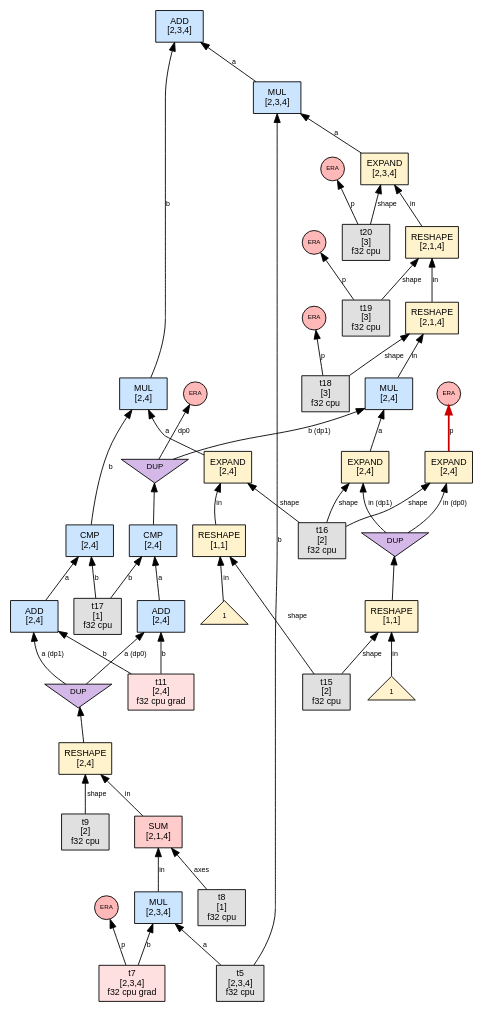
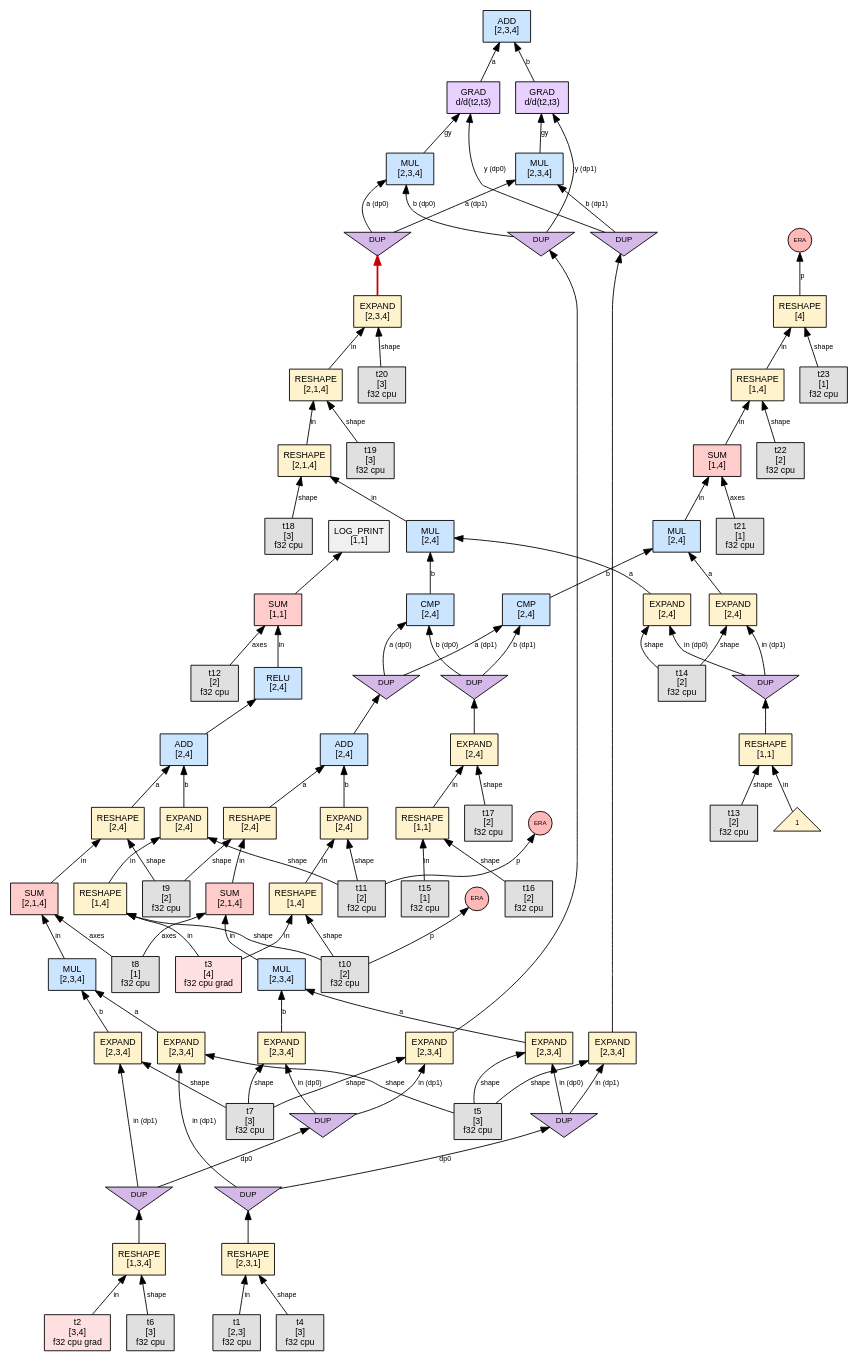
One commit to sw1sh/TinyHVM changed the diagram in phase1_graphs/tiny_linear_bias/step_034_interact_DP0.dot. Above: the diagram before and after it, drawn with Graphviz. The commit also changed 751 other files, not shown here.

First line of the commit message:
test: refresh canonical tiny phase graph archives

```diff
--- a/phase1_graphs/tiny_linear_bias/step_034_interact_DP0.dot
+++ b/phase1_graphs/tiny_linear_bias/step_034_interact_DP0.dot
@@ -1,96 +1,185 @@
 digraph G {
   // PREV_INTERACTION: interact_DP0
-  // NEXT_INTERACTION: interact_era_on_EXPAND
+  // NEXT_INTERACTION: interact_DP0
   rankdir=BT;
   node [fontname="Helvetica", fontsize=10, style=filled, shape=box, margin="0.1,0.05"];
   edge [fontsize=8, fontname="Helvetica"];
 
-  n57 [label="ADD\n[2,3,4]", shape=box, fillcolor="#cce5ff"];
-  n104 -> n57 [label="a"];
-  n66 -> n57 [label="b"];
-  n59 [label="RESHAPE\n[2,4]", shape=box, fillcolor="#fff3cd"];
-  n78 -> n59 [label="in"];
+  n1 [label="RESHAPE\n[2,3,1]", shape=box, fillcolor="#fff3cd"];
+  t1 [label="t1\n[2,3]\nf32 cpu",shape=box,fillcolor="#e0e0e0"];
+  t1 -> n1 [label="in"];
+  t4 [label="t4\n[3]\nf32 cpu",shape=box,fillcolor="#e0e0e0"];
+  t4 -> n1 [label="shape"];
+  n9 [label="RESHAPE\n[1,3,4]", shape=box, fillcolor="#fff3cd"];
+  t2 [label="t2\n[3,4]\nf32 cpu grad",shape=box,fillcolor="#ffe0e0"];
+  t2 -> n9 [label="in"];
+  t6 [label="t6\n[3]\nf32 cpu",shape=box,fillcolor="#e0e0e0"];
+  t6 -> n9 [label="shape"];
+  n58 [label="SUM\n[1,1]", shape=box, fillcolor="#ffcccc"];
+  n74 -> n58 [label="in"];
+  t12 [label="t12\n[2]\nf32 cpu",shape=box,fillcolor="#e0e0e0"];
+  t12 -> n58 [label="axes"];
+  n51 [label="LOG_PRINT\n[1,1]", shape=box, fillcolor="#f0f0f0"];
+  n58 -> n51 [label=""];
+  n189 [label="ADD\n[2,3,4]", shape=box, fillcolor="#cce5ff"];
+  n185 -> n189 [label="a"];
+  n187 -> n189 [label="b"];
+  n74 [label="RELU\n[2,4]", shape=box, fillcolor="#cce5ff"];
+  n93 -> n74 [label=""];
+  n61 [label="RESHAPE\n[1,1]", shape=box, fillcolor="#fff3cd"];
+  num61_0 [label="1",shape=triangle,fillcolor="#fff2cc",fontsize=8];
+  num61_0 -> n61 [label="in"];
+  t13 [label="t13\n[2]\nf32 cpu",shape=box,fillcolor="#e0e0e0"];
+  t13 -> n61 [label="shape"];
+  n93 [label="ADD\n[2,4]", shape=box, fillcolor="#cce5ff"];
+  n112 -> n93 [label="a"];
+  n117 -> n93 [label="b"];
+  n77 [label="RESHAPE\n[1,1]", shape=box, fillcolor="#fff3cd"];
+  t15 [label="t15\n[1]\nf32 cpu",shape=box,fillcolor="#e0e0e0"];
+  t15 -> n77 [label="in"];
+  t16 [label="t16\n[2]\nf32 cpu",shape=box,fillcolor="#e0e0e0"];
+  t16 -> n77 [label="shape"];
+  n97 [label="ADD\n[2,4]", shape=box, fillcolor="#cce5ff"];
+  n120 -> n97 [label="a"];
+  n125 -> n97 [label="b"];
+  n81 [label="EXPAND\n[2,4]", shape=box, fillcolor="#fff3cd"];
+  n77 -> n81 [label="in"];
+  t17 [label="t17\n[2]\nf32 cpu",shape=box,fillcolor="#e0e0e0"];
+  t17 -> n81 [label="shape"];
+  n112 [label="RESHAPE\n[2,4]", shape=box, fillcolor="#fff3cd"];
+  n146 -> n112 [label="in"];
   t9 [label="t9\n[2]\nf32 cpu",shape=box,fillcolor="#e0e0e0"];
-  t9 -> n59 [label="shape"];
-  n104 [label="MUL\n[2,3,4]", shape=box, fillcolor="#cce5ff"];
-  n124 -> n104 [label="a"];
-  t5 [label="t5\n[2,3,4]\nf32 cpu",shape=box,fillcolor="#e0e0e0"];
-  t5 -> n104 [label="b"];
-  n66 [label="MUL\n[2,4]", shape=box, fillcolor="#cce5ff"];
-  n114 -> n66 [label="a"];
-  n119 -> n66 [label="b"];
-  n78 [label="SUM\n[2,1,4]", shape=box, fillcolor="#ffcccc"];
-  n95 -> n78 [label="in"];
+  t9 -> n112 [label="shape"];
+  n117 [label="EXPAND\n[2,4]", shape=box, fillcolor="#fff3cd"];
+  n205 -> n117 [label="in"];
+  t11 [label="t11\n[2]\nf32 cpu",shape=box,fillcolor="#e0e0e0"];
+  t11 -> n117 [label="shape"];
+  n120 [label="RESHAPE\n[2,4]", shape=box, fillcolor="#fff3cd"];
+  n149 -> n120 [label="in"];
+  t9 -> n120 [label="shape"];
+  n125 [label="EXPAND\n[2,4]", shape=box, fillcolor="#fff3cd"];
+  n207 -> n125 [label="in"];
+  t11 -> n125 [label="shape"];
+  n146 [label="SUM\n[2,1,4]", shape=box, fillcolor="#ffcccc"];
+  n168 -> n146 [label="in"];
   t8 [label="t8\n[1]\nf32 cpu",shape=box,fillcolor="#e0e0e0"];
-  t8 -> n78 [label="axes"];
-  n117 [label="CMP\n[2,4]", shape=box, fillcolor="#cce5ff"];
-  n133 -> n117 [label="a"];
-  t17 [label="t17\n[1]\nf32 cpu",shape=box,fillcolor="#e0e0e0"];
-  t17 -> n117 [label="b"];
-  n114 [label="EXPAND\n[2,4]", shape=box, fillcolor="#fff3cd"];
-  n131 -> n114 [label="in"];
-  t16 [label="t16\n[2]\nf32 cpu",shape=box,fillcolor="#e0e0e0"];
-  t16 -> n114 [label="shape"];
-  n119 [label="CMP\n[2,4]", shape=box, fillcolor="#cce5ff"];
-  n135 -> n119 [label="a"];
-  t17 -> n119 [label="b"];
-  n95 [label="MUL\n[2,3,4]", shape=box, fillcolor="#cce5ff"];
-  t5 -> n95 [label="a"];
-  t7 [label="t7\n[2,3,4]\nf32 cpu grad",shape=box,fillcolor="#ffe0e0"];
-  t7 -> n95 [label="b"];
-  n124 [label="EXPAND\n[2,3,4]", shape=box, fillcolor="#fff3cd"];
-  n140 -> n124 [label="in"];
+  t8 -> n146 [label="axes"];
+  n205 [label="RESHAPE\n[1,4]", shape=box, fillcolor="#fff3cd"];
+  t3 [label="t3\n[4]\nf32 cpu grad",shape=box,fillcolor="#ffe0e0"];
+  t3 -> n205 [label="in"];
+  t10 [label="t10\n[2]\nf32 cpu",shape=box,fillcolor="#e0e0e0"];
+  t10 -> n205 [label="shape"];
+  n149 [label="SUM\n[2,1,4]", shape=box, fillcolor="#ffcccc"];
+  n172 -> n149 [label="in"];
+  t8 -> n149 [label="axes"];
+  n207 [label="RESHAPE\n[1,4]", shape=box, fillcolor="#fff3cd"];
+  t3 -> n207 [label="in"];
+  t10 -> n207 [label="shape"];
+  n221 [label="EXPAND\n[2,4]", shape=box, fillcolor="#fff3cd"];
+  dup225 [label="DUP", shape=invtriangle, fillcolor="#d4b8e8", fontsize=9, width=0.7, height=0.5];
+  n61 -> dup225;
+  dup225 -> n221 [label="in (dp0)"];
+  t14 [label="t14\n[2]\nf32 cpu",shape=box,fillcolor="#e0e0e0"];
+  t14 -> n221 [label="shape"];
+  n226 [label="CMP\n[2,4]", shape=box, fillcolor="#cce5ff"];
+  dup230 [label="DUP", shape=invtriangle, fillcolor="#d4b8e8", fontsize=9, width=0.7, height=0.5];
+  n97 -> dup230;
+  dup230 -> n226 [label="a (dp0)"];
+  dup231 [label="DUP", shape=invtriangle, fillcolor="#d4b8e8", fontsize=9, width=0.7, height=0.5];
+  n81 -> dup231;
+  dup231 -> n226 [label="b (dp0)"];
+  n223 [label="EXPAND\n[2,4]", shape=box, fillcolor="#fff3cd"];
+  dup225 -> n223 [label="in (dp1)"];
+  t14 -> n223 [label="shape"];
+  n228 [label="CMP\n[2,4]", shape=box, fillcolor="#cce5ff"];
+  dup230 -> n228 [label="a (dp1)"];
+  dup231 -> n228 [label="b (dp1)"];
+  n130 [label="MUL\n[2,4]", shape=box, fillcolor="#cce5ff"];
+  n221 -> n130 [label="a"];
+  n226 -> n130 [label="b"];
+  n168 [label="MUL\n[2,3,4]", shape=box, fillcolor="#cce5ff"];
+  n234 -> n168 [label="a"];
+  n239 -> n168 [label="b"];
+  n172 [label="MUL\n[2,3,4]", shape=box, fillcolor="#cce5ff"];
+  n242 -> n172 [label="a"];
+  n247 -> n172 [label="b"];
+  n138 [label="RESHAPE\n[2,1,4]", shape=box, fillcolor="#fff3cd"];
+  n130 -> n138 [label="in"];
+  t18 [label="t18\n[3]\nf32 cpu",shape=box,fillcolor="#e0e0e0"];
+  t18 -> n138 [label="shape"];
+  n154 [label="RESHAPE\n[2,1,4]", shape=box, fillcolor="#fff3cd"];
+  n138 -> n154 [label="in"];
+  t19 [label="t19\n[3]\nf32 cpu",shape=box,fillcolor="#e0e0e0"];
+  t19 -> n154 [label="shape"];
+  n234 [label="EXPAND\n[2,3,4]", shape=box, fillcolor="#fff3cd"];
+  dup236 [label="DUP", shape=invtriangle, fillcolor="#d4b8e8", fontsize=9, width=0.7, height=0.5];
+  n1 -> dup236;
+  dup236 -> n234 [label="in (dp1)"];
+  t5 [label="t5\n[3]\nf32 cpu",shape=box,fillcolor="#e0e0e0"];
+  t5 -> n234 [label="shape"];
+  n239 [label="EXPAND\n[2,3,4]", shape=box, fillcolor="#fff3cd"];
+  dup241 [label="DUP", shape=invtriangle, fillcolor="#d4b8e8", fontsize=9, width=0.7, height=0.5];
+  n9 -> dup241;
+  dup241 -> n239 [label="in (dp1)"];
+  t7 [label="t7\n[3]\nf32 cpu",shape=box,fillcolor="#e0e0e0"];
+  t7 -> n239 [label="shape"];
+  n242 [label="EXPAND\n[2,3,4]", shape=box, fillcolor="#fff3cd"];
+  dup246 [label="DUP", shape=invtriangle, fillcolor="#d4b8e8", fontsize=9, width=0.7, height=0.5];
+  dup236 -> dup246 [label="dp0"];
+  dup246 -> n242 [label="in (dp0)"];
+  t5 -> n242 [label="shape"];
+  n247 [label="EXPAND\n[2,3,4]", shape=box, fillcolor="#fff3cd"];
+  dup251 [label="DUP", shape=invtriangle, fillcolor="#d4b8e8", fontsize=9, width=0.7, height=0.5];
+  dup241 -> dup251 [label="dp0"];
+  dup251 -> n247 [label="in (dp0)"];
+  t7 -> n247 [label="shape"];
+  n244 [label="EXPAND\n[2,3,4]", shape=box, fillcolor="#fff3cd"];
+  dup246 -> n244 [label="in (dp1)"];
+  t5 -> n244 [label="shape"];
+  n160 [label="EXPAND\n[2,3,4]", shape=box, fillcolor="#fff3cd"];
+  n154 -> n160 [label="in"];
   t20 [label="t20\n[3]\nf32 cpu",shape=box,fillcolor="#e0e0e0"];
-  t20 -> n124 [label="shape"];
-  n129 [label="RESHAPE\n[1,1]", shape=box, fillcolor="#fff3cd"];
-  num129_0 [label="1",shape=triangle,fillcolor="#fff2cc",fontsize=8];
-  num129_0 -> n129 [label="in"];
-  t15 [label="t15\n[2]\nf32 cpu",shape=box,fillcolor="#e0e0e0"];
-  t15 -> n129 [label="shape"];
-  n131 [label="RESHAPE\n[1,1]", shape=box, fillcolor="#fff3cd"];
-  num131_0 [label="1",shape=triangle,fillcolor="#fff2cc",fontsize=8];
-  num131_0 -> n131 [label="in"];
-  t15 -> n131 [label="shape"];
-  n133 [label="ADD\n[2,4]", shape=box, fillcolor="#cce5ff"];
-  dup137 [label="DUP", shape=invtriangle, fillcolor="#d4b8e8", fontsize=9, width=0.7, height=0.5];
-  n59 -> dup137;
-  dup137 -> n133 [label="a (dp0)"];
-  t11 [label="t11\n[2,4]\nf32 cpu grad",shape=box,fillcolor="#ffe0e0"];
-  t11 -> n133 [label="b"];
-  n135 [label="ADD\n[2,4]", shape=box, fillcolor="#cce5ff"];
-  dup137 -> n135 [label="a (dp1)"];
-  t11 -> n135 [label="b"];
-  n140 [label="RESHAPE\n[2,1,4]", shape=box, fillcolor="#fff3cd"];
-  n151 -> n140 [label="in"];
-  t19 [label="t19\n[3]\nf32 cpu",shape=box,fillcolor="#e0e0e0"];
-  t19 -> n140 [label="shape"];
-  n164 [label="EXPAND\n[2,4]", shape=box, fillcolor="#fff3cd"];
-  dup168 [label="DUP", shape=invtriangle, fillcolor="#d4b8e8", fontsize=9, width=0.7, height=0.5];
-  n129 -> dup168;
-  dup168 -> n164 [label="in (dp0)"];
-  t16 -> n164 [label="shape"];
-  era128 [label="ERA",shape=circle,width=0.38,height=0.38,fixedsize=true,fillcolor="#ffb8b8",fontsize=7];
-  n164 -> era128 [label="p",color="#cc0000",penwidth=2.0];
-  n151 [label="RESHAPE\n[2,1,4]", shape=box, fillcolor="#fff3cd"];
-  n158 -> n151 [label="in"];
-  t18 [label="t18\n[3]\nf32 cpu",shape=box,fillcolor="#e0e0e0"];
-  t18 -> n151 [label="shape"];
-  era144 [label="ERA",shape=circle,width=0.38,height=0.38,fixedsize=true,fillcolor="#ffb8b8",fontsize=7];
-  t7 -> era144 [label="p"];
-  era146 [label="ERA",shape=circle,width=0.38,height=0.38,fixedsize=true,fillcolor="#ffb8b8",fontsize=7];
-  t20 -> era146 [label="p"];
-  era148 [label="ERA",shape=circle,width=0.38,height=0.38,fixedsize=true,fillcolor="#ffb8b8",fontsize=7];
-  t19 -> era148 [label="p"];
-  n158 [label="MUL\n[2,4]", shape=box, fillcolor="#cce5ff"];
-  n166 -> n158 [label="a"];
-  dup161 [label="DUP", shape=invtriangle, fillcolor="#d4b8e8", fontsize=9, width=0.7, height=0.5];
-  n117 -> dup161;
-  dup161 -> n158 [label="b (dp1)"];
-  era155 [label="ERA",shape=circle,width=0.38,height=0.38,fixedsize=true,fillcolor="#ffb8b8",fontsize=7];
-  t18 -> era155 [label="p"];
-  n166 [label="EXPAND\n[2,4]", shape=box, fillcolor="#fff3cd"];
-  dup168 -> n166 [label="in (dp1)"];
-  t16 -> n166 [label="shape"];
-  era163 [label="ERA",shape=circle,width=0.38,height=0.38,fixedsize=true,fillcolor="#ffb8b8",fontsize=7];
-  dup161 -> era163 [label="dp0"];
+  t20 -> n160 [label="shape"];
+  n249 [label="EXPAND\n[2,3,4]", shape=box, fillcolor="#fff3cd"];
+  dup251 -> n249 [label="in (dp1)"];
+  t7 -> n249 [label="shape"];
+  n181 [label="MUL\n[2,3,4]", shape=box, fillcolor="#cce5ff"];
+  dup179 [label="DUP", shape=invtriangle, fillcolor="#d4b8e8", fontsize=9, width=0.7, height=0.5];
+  n160 -> dup179 [color="#cc0000",penwidth=2.0];
+  dup179 -> n181 [label="a (dp0)"];
+  dup180 [label="DUP", shape=invtriangle, fillcolor="#d4b8e8", fontsize=9, width=0.7, height=0.5];
+  n249 -> dup180;
+  dup180 -> n181 [label="b (dp0)"];
+  n183 [label="MUL\n[2,3,4]", shape=box, fillcolor="#cce5ff"];
+  dup179 -> n183 [label="a (dp1)"];
+  dup178 [label="DUP", shape=invtriangle, fillcolor="#d4b8e8", fontsize=9, width=0.7, height=0.5];
+  n244 -> dup178;
+  dup178 -> n183 [label="b (dp1)"];
+  n185 [label="GRAD\nd/d(t2,t3)", shape=box, fillcolor="#e8d0ff"];
+  dup178 -> n185 [label="y (dp0)"];
+  n181 -> n185 [label="gy"];
+  n187 [label="GRAD\nd/d(t2,t3)", shape=box, fillcolor="#e8d0ff"];
+  dup180 -> n187 [label="y (dp1)"];
+  n183 -> n187 [label="gy"];
+  era192 [label="ERA",shape=circle,width=0.38,height=0.38,fixedsize=true,fillcolor="#ffb8b8",fontsize=7];
+  t11 -> era192 [label="p"];
+  n132 [label="MUL\n[2,4]", shape=box, fillcolor="#cce5ff"];
+  n223 -> n132 [label="a"];
+  n228 -> n132 [label="b"];
+  n193 [label="SUM\n[1,4]", shape=box, fillcolor="#ffcccc"];
+  n132 -> n193 [label="in"];
+  t21 [label="t21\n[1]\nf32 cpu",shape=box,fillcolor="#e0e0e0"];
+  t21 -> n193 [label="axes"];
+  era212 [label="ERA",shape=circle,width=0.38,height=0.38,fixedsize=true,fillcolor="#ffb8b8",fontsize=7];
+  t10 -> era212 [label="p"];
+  n197 [label="RESHAPE\n[1,4]", shape=box, fillcolor="#fff3cd"];
+  n193 -> n197 [label="in"];
+  t22 [label="t22\n[2]\nf32 cpu",shape=box,fillcolor="#e0e0e0"];
+  t22 -> n197 [label="shape"];
+  n213 [label="RESHAPE\n[4]", shape=box, fillcolor="#fff3cd"];
+  n197 -> n213 [label="in"];
+  t23 [label="t23\n[1]\nf32 cpu",shape=box,fillcolor="#e0e0e0"];
+  t23 -> n213 [label="shape"];
+  era220 [label="ERA",shape=circle,width=0.38,height=0.38,fixedsize=true,fillcolor="#ffb8b8",fontsize=7];
+  n213 -> era220 [label="p"];
 }
```
